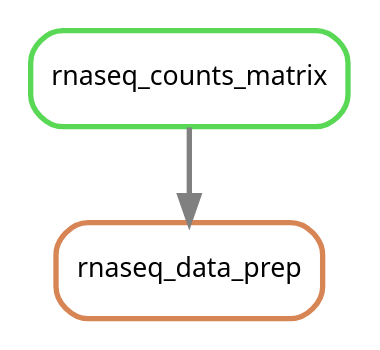
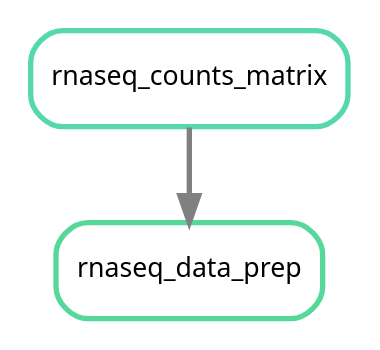
Before and after one commit to NCBI-Hackathons/Pharmacogenomics_Prediction_Pipeline_P3: the diagram in doc/source/images/normed_counts.dot, drawn with Graphviz. The commit also changed 35 other files, not shown here.

```diff
--- a/doc/source/images/normed_counts.dot
+++ b/doc/source/images/normed_counts.dot
@@ -1,8 +1,8 @@
 digraph snakemake_dag {
     graph[bgcolor=white, margin=0];
     node[shape=box, style=rounded, fontname=sans,                 fontsize=10, penwidth=2];
     edge[penwidth=2, color=grey];
-	0[label = "rnaseq_data_prep", color = "0.06 0.6 0.85", style="rounded"];
-	1[label = "rnaseq_counts_matrix", color = "0.33 0.6 0.85", style="rounded"];
-	1 -> 0
+	0[label = "rnaseq_counts_matrix", color = "0.44 0.6 0.85", style="rounded"];
+	1[label = "rnaseq_data_prep", color = "0.42 0.6 0.85", style="rounded"];
+	0 -> 1
 }            
```
